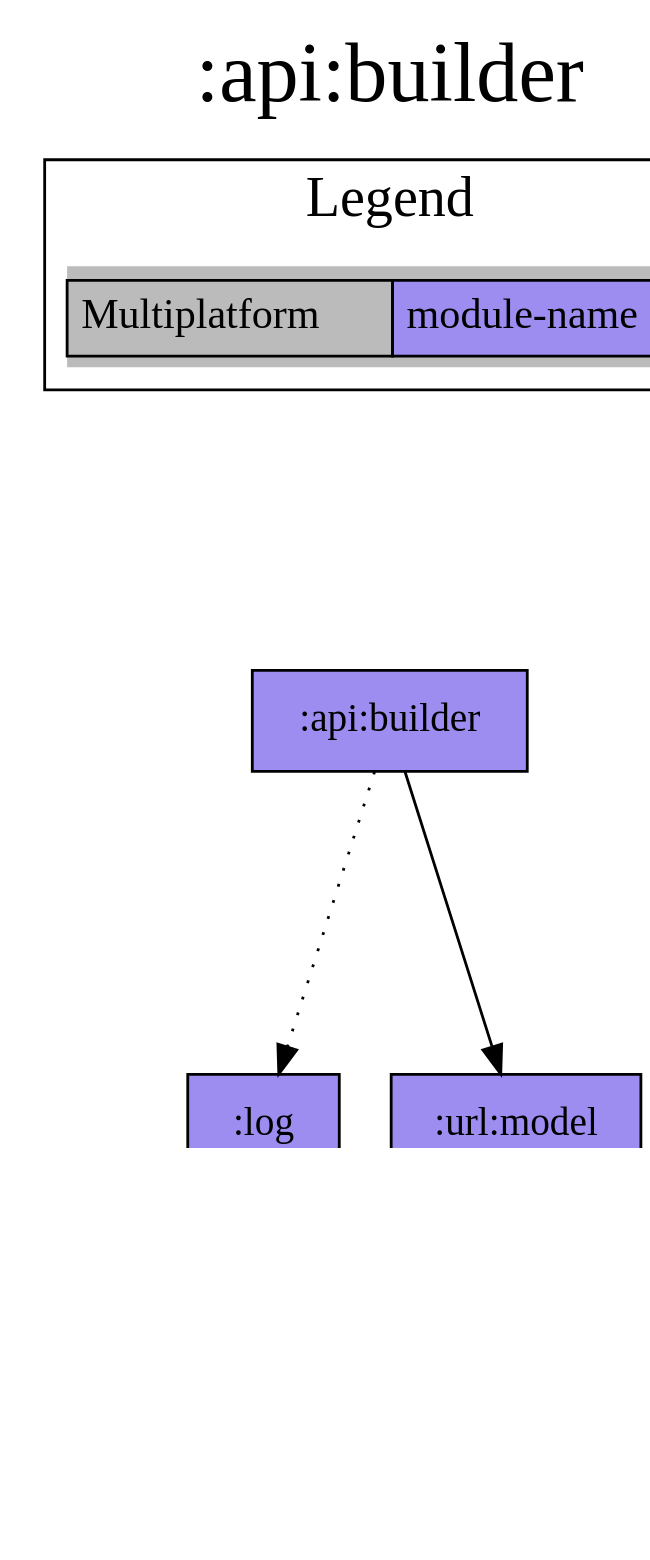
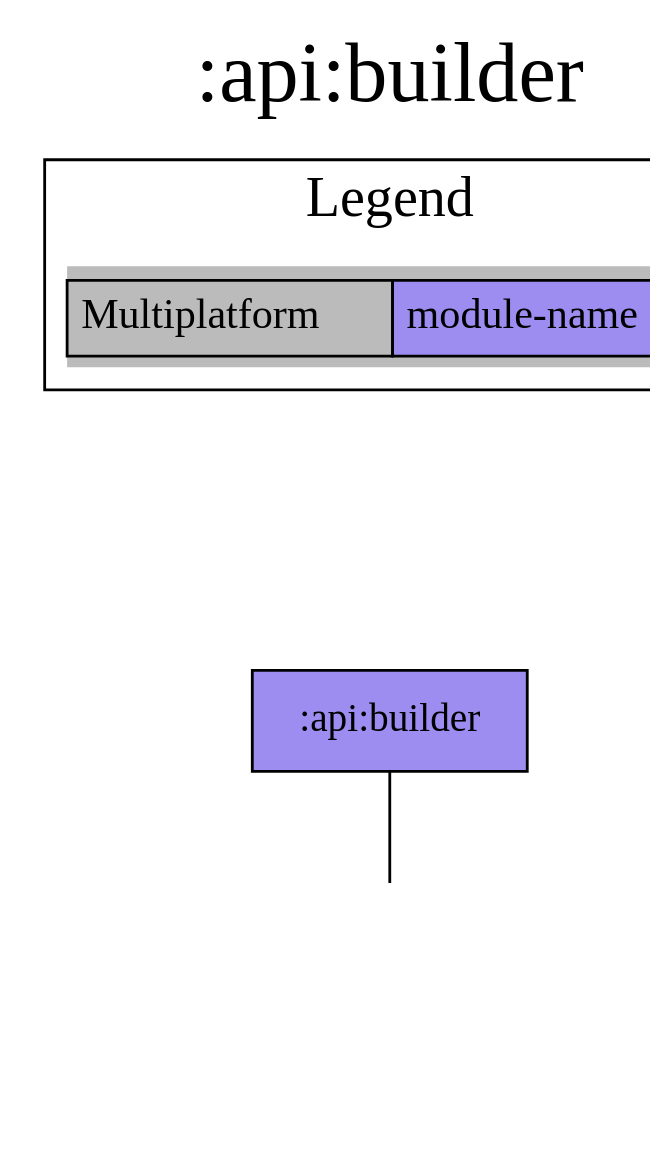
The diagram in modules/api/builder/project-dependency-graph.dot (jonapoul/aktual), drawn with Graphviz before and after one commit. The commit also changed 143 other files, not shown here.

```diff
--- a/modules/api/builder/project-dependency-graph.dot
+++ b/modules/api/builder/project-dependency-graph.dot
@@ -1,25 +1,21 @@
 digraph {
 edge ["dir"="forward"]
 graph ["dpi"="100","label"=":api:builder","labelloc"="t","fontsize"="30","ranksep"="1.5","rankdir"="TB"]
 node ["style"="filled"]
 ":api:builder" ["fillcolor"="#9D8DF1","shape"="box"]
-":core:model" ["fillcolor"="#9D8DF1","shape"="box"]
-":log" ["fillcolor"="#9D8DF1","shape"="box"]
 ":url:model" ["fillcolor"="#9D8DF1","shape"="box"]
 {
 edge ["dir"="none"]
 graph ["rank"="same"]
 }
-":api:builder" -> ":log" ["style"="dotted"]
 ":api:builder" -> ":url:model"
-":url:model" -> ":core:model" ["style"="dotted"]
 subgraph "cluster_legend" {
 edge ["dir"="none"]
 graph ["label"="Legend","fontsize"="20"]
 "Legend" ["style"="filled","fillcolor"="#bbbbbb","shape"="none","margin"="0","fontsize"="15","label"=<
 <TABLE BORDER="0" CELLBORDER="1" CELLSPACING="0" CELLPADDING="4">
 <TR><TD>Multiplatform</TD><TD BGCOLOR="#9D8DF1">module-name</TD></TR>
 </TABLE>
 >]
 } -> ":api:builder" ["style"="invis"]
 }
```
